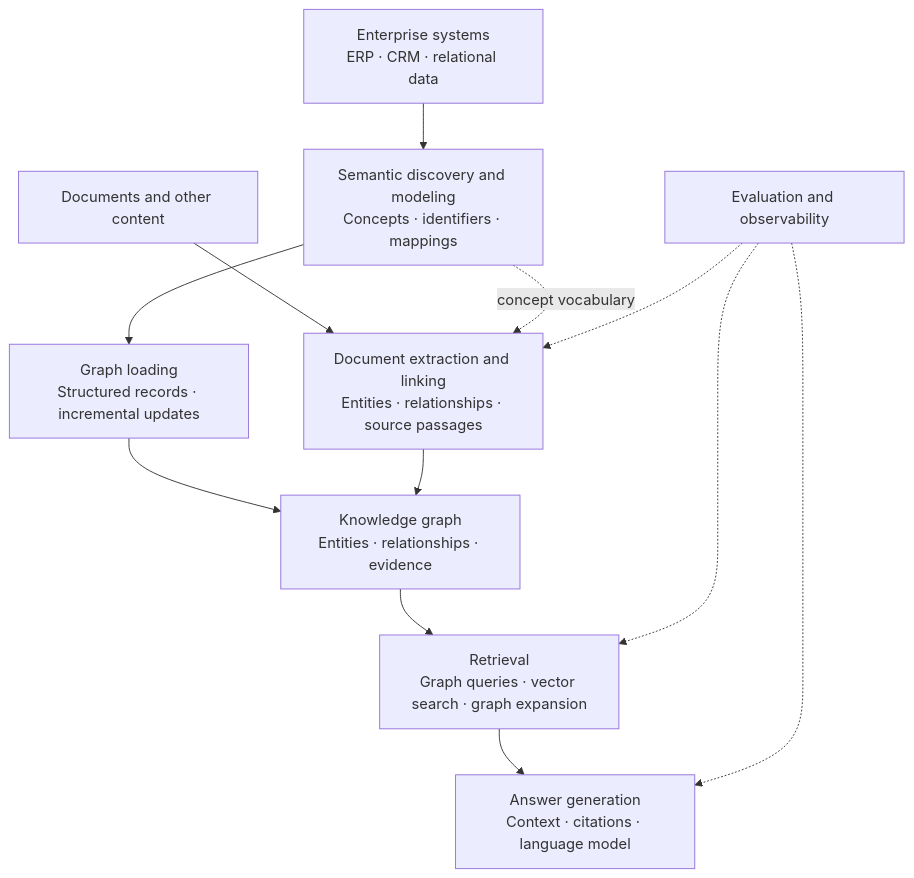
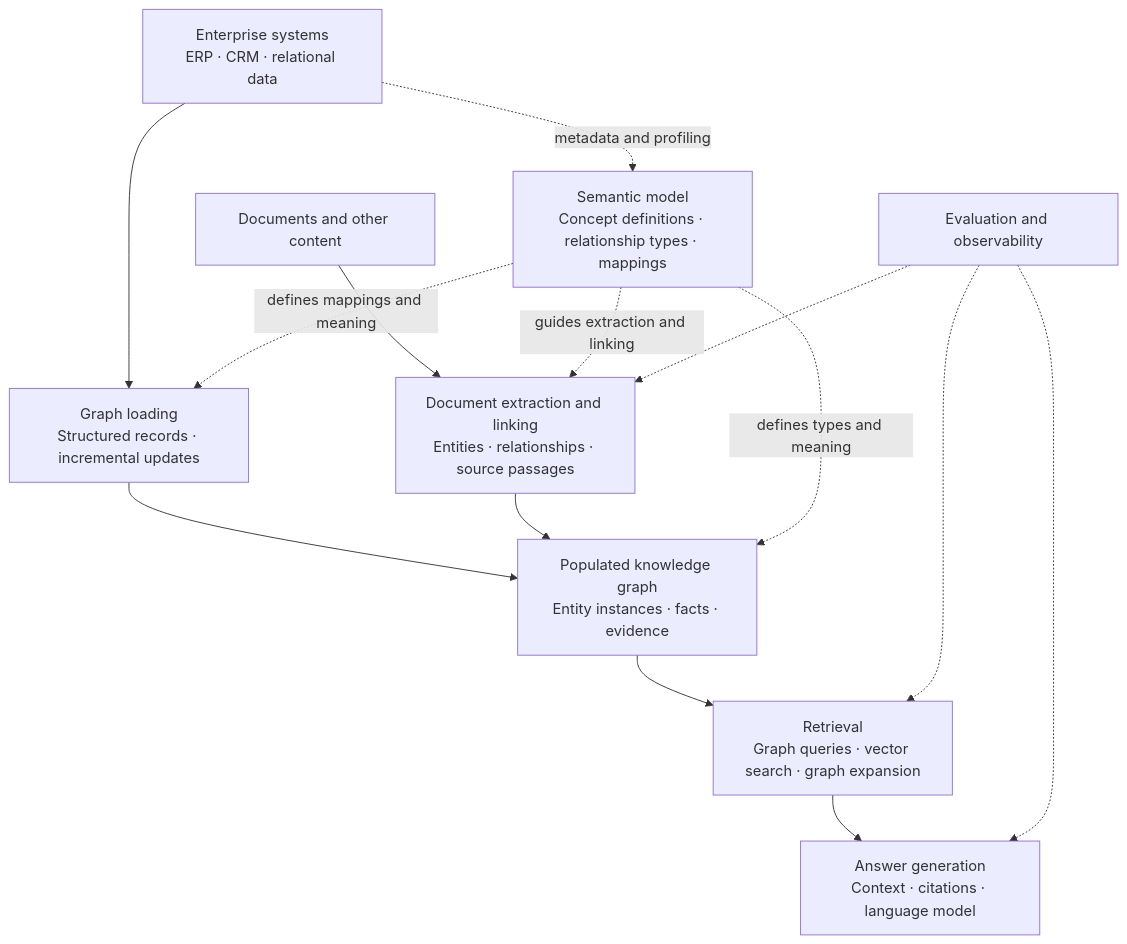
The diagram in README.md (ScalefreeCOM/graphrag-landscape), drawn with Mermaid before and after one commit. The commit also changed other lines of this file, not shown here.

````diff
--- a/README.md
+++ b/README.md
@@ -50,19 +71,22 @@
 ```mermaid
 flowchart TB
     S["Enterprise systems<br/>ERP · CRM · relational data"]
     D["Documents and other content"]
-    M["Semantic discovery and modeling<br/>Concepts · identifiers · mappings"]
+    M["Semantic model<br/>Concept definitions · relationship types · mappings"]
     L["Graph loading<br/>Structured records · incremental updates"]
     X["Document extraction and linking<br/>Entities · relationships · source passages"]
-    G["Knowledge graph<br/>Entities · relationships · evidence"]
+    G["Populated knowledge graph<br/>Entity instances · facts · evidence"]
     R["Retrieval<br/>Graph queries · vector search · graph expansion"]
     A["Answer generation<br/>Context · citations · language model"]
     E["Evaluation and observability"]
-    S --> M --> L --> G
+    S -. "metadata and profiling" .-> M
+    S --> L --> G
+    M -. "defines mappings and meaning" .-> L
     D --> X --> G
-    M -. "concept vocabulary" .-> X
+    M -. "guides extraction and linking" .-> X
+    M -. "defines types and meaning" .-> G
     G --> R --> A
     E -.-> X
     E -.-> R
     E -.-> A
 ```
````
